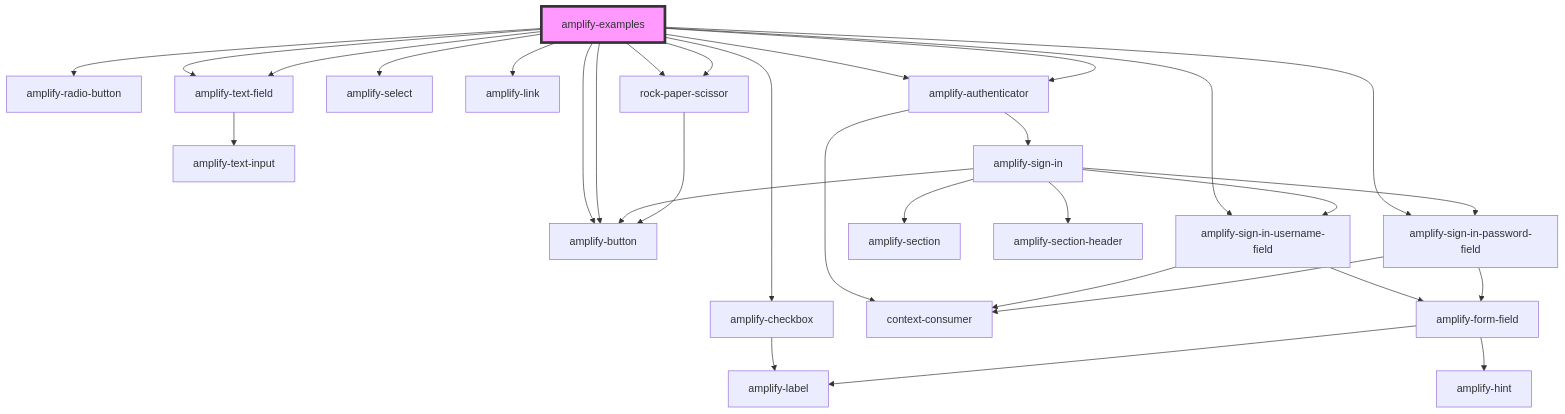
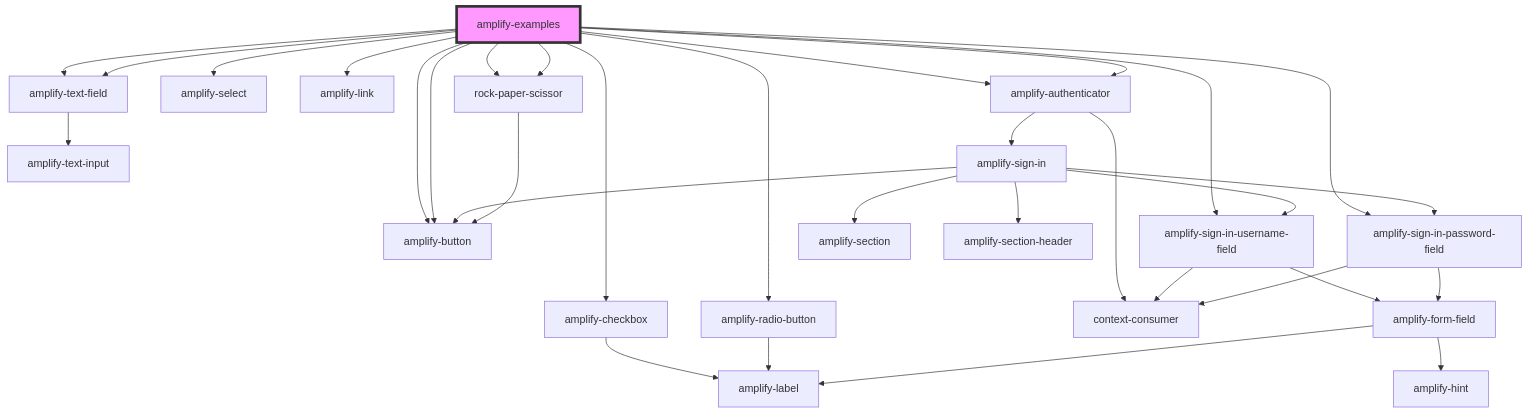
One commit to OneDev0411/amplify-js changed the diagram in packages/amplify-ui-components/src/components/amplify-examples/readme.md. Above: the diagram before and after it, drawn with Mermaid. The commit also changed 9 other files, not shown here.

````diff
--- a/packages/amplify-ui-components/src/components/amplify-examples/readme.md
+++ b/packages/amplify-ui-components/src/components/amplify-examples/readme.md
@@ -28,34 +28,35 @@
 ```mermaid
 graph TD;
   amplify-examples --> amplify-checkbox
   amplify-examples --> amplify-radio-button
   amplify-examples --> amplify-text-field
   amplify-examples --> amplify-text-field
   amplify-examples --> amplify-select
   amplify-examples --> amplify-button
   amplify-examples --> amplify-link
   amplify-examples --> amplify-authenticator
   amplify-examples --> amplify-sign-in-username-field
   amplify-examples --> amplify-sign-in-password-field
   amplify-examples --> amplify-button
   amplify-examples --> amplify-authenticator
   amplify-examples --> rock-paper-scissor
   amplify-examples --> rock-paper-scissor
   amplify-checkbox --> amplify-label
+  amplify-radio-button --> amplify-label
   amplify-text-field --> amplify-text-input
   amplify-authenticator --> amplify-sign-in
   amplify-authenticator --> context-consumer
   amplify-sign-in --> amplify-section
   amplify-sign-in --> amplify-section-header
   amplify-sign-in --> amplify-sign-in-username-field
   amplify-sign-in --> amplify-sign-in-password-field
   amplify-sign-in --> amplify-button
   amplify-sign-in-username-field --> amplify-form-field
   amplify-sign-in-username-field --> context-consumer
   amplify-form-field --> amplify-label
   amplify-form-field --> amplify-hint
   amplify-sign-in-password-field --> amplify-form-field
   amplify-sign-in-password-field --> context-consumer
   rock-paper-scissor --> amplify-button
   style amplify-examples fill:#f9f,stroke:#333,stroke-width:4px
 ```
````
